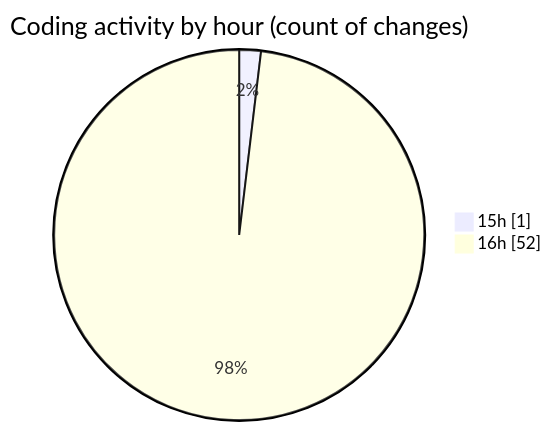
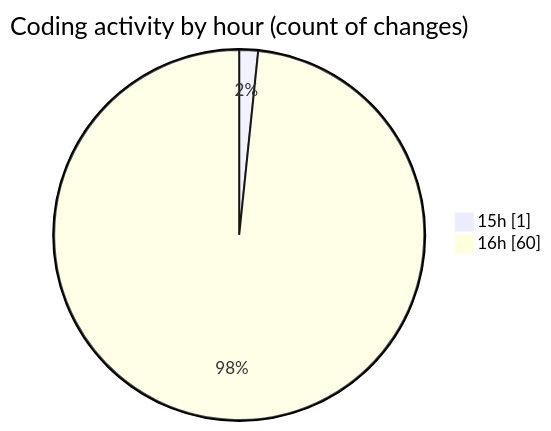
One commit to nxtqubesakshisongat/code-tracking changed the second of 2 diagrams in 2026-11-18/nashik-misal-queue/README.md. Above: the diagram before and after it, drawn with Mermaid. The commit also changed other lines of this file and 1 other file, not shown here.

````diff
--- a/2026-11-18/nashik-misal-queue/README.md
+++ b/2026-11-18/nashik-misal-queue/README.md
@@ -62,6 +68,6 @@
 ```mermaid
 pie showData
 title Coding activity by hour (count of changes)
 "15h" : 1
-"16h" : 52
+"16h" : 60
 ```
````
